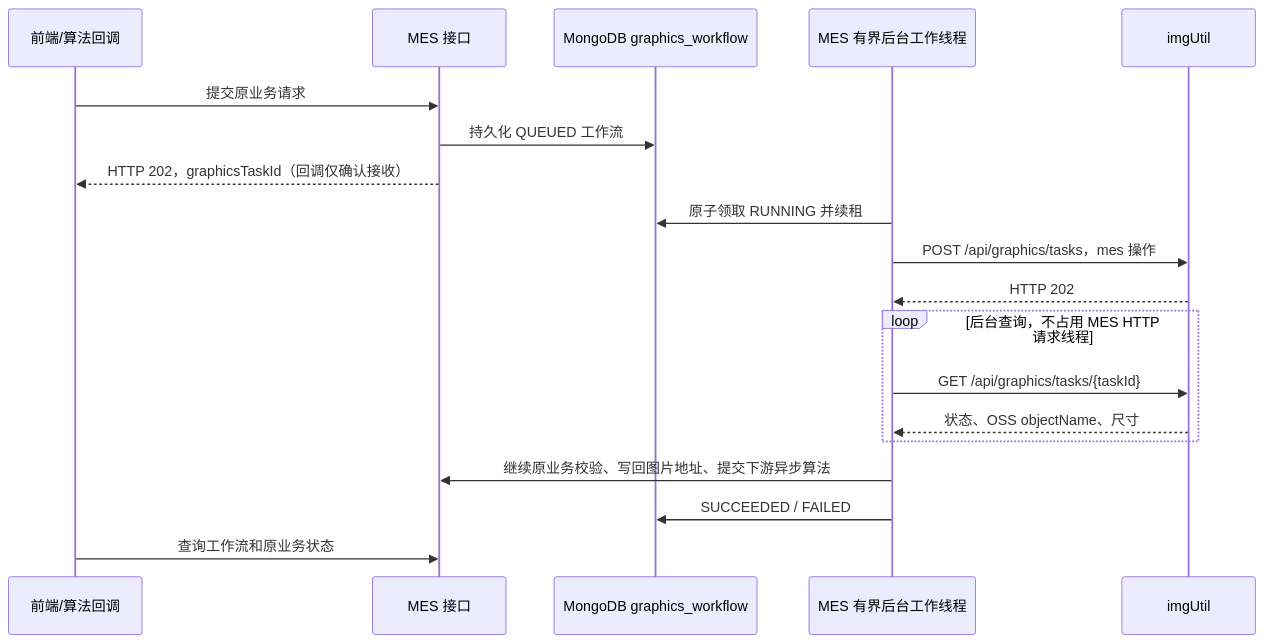
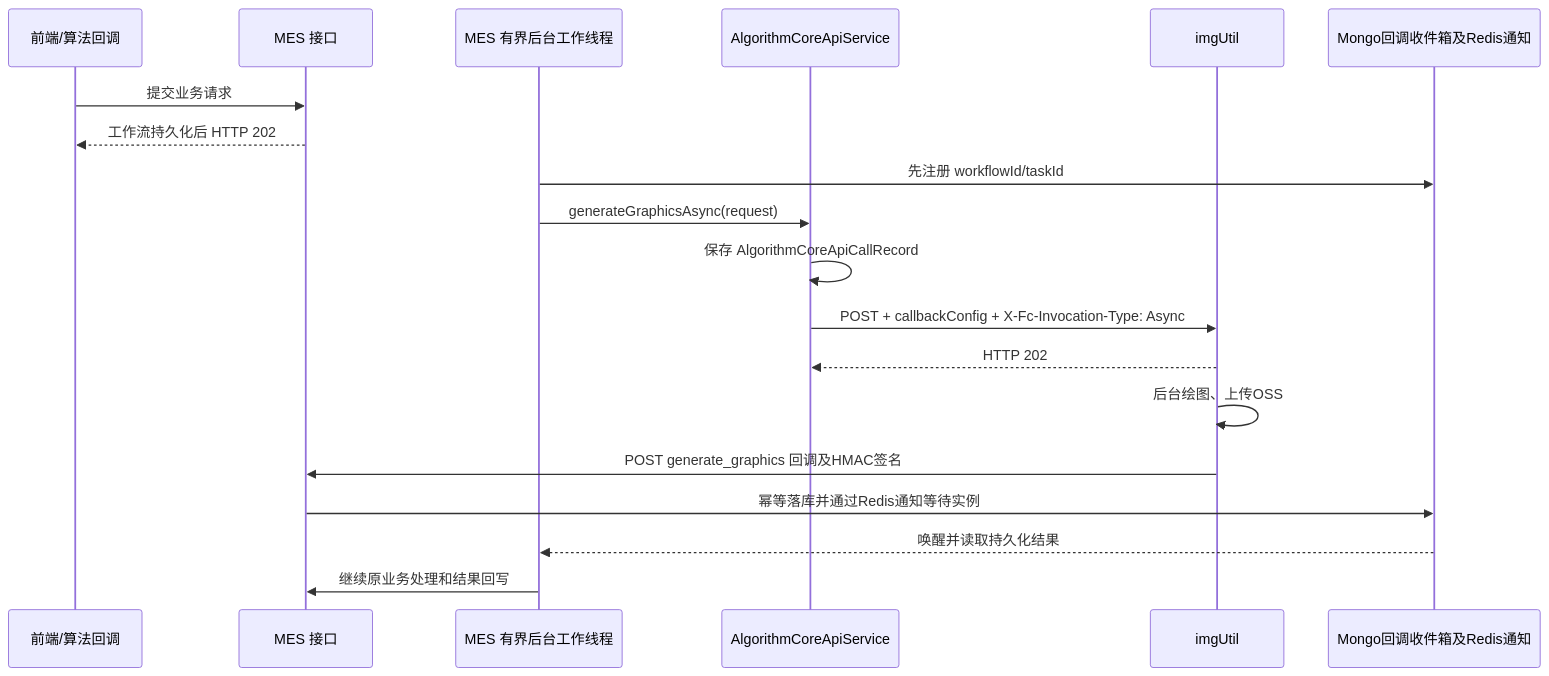
Before and after one commit to y741306298/craftstudio-mes-imgUtil: the diagram in docs/mes-async-api.md, drawn with Mermaid. The commit also changed other lines of this file and 13 other files, not shown here.

Commit message:
feat: deliver signed persistent graphics callbacks for MES algorithms

````diff
--- a/docs/mes-async-api.md
+++ b/docs/mes-async-api.md
@@ -9,21 +9,21 @@
 ```mermaid
 sequenceDiagram
     participant C as 前端/算法回调
     participant M as MES 接口
-    participant Q as MongoDB graphics_workflow
     participant W as MES 有界后台工作线程
+    participant A as AlgorithmCoreApiService
     participant G as imgUtil
-    C->>M: 提交原业务请求
-    M->>Q: 持久化 QUEUED 工作流
-    M-->>C: HTTP 202，graphicsTaskId（回调仅确认接收）
-    W->>Q: 原子领取 RUNNING 并续租
-    W->>G: POST /api/graphics/tasks，mes 操作
-    G-->>W: HTTP 202
-    loop 后台查询，不占用 MES HTTP 请求线程
-        W->>G: GET /api/graphics/tasks/{taskId}
-        G-->>W: 状态、OSS objectName、尺寸
-    end
-    W->>M: 继续原业务校验、写回图片地址、提交下游异步算法
-    W->>Q: SUCCEEDED / FAILED
-    C->>M: 查询工作流和原业务状态
+    participant I as Mongo回调收件箱及Redis通知
+    C->>M: 提交业务请求
+    M-->>C: 工作流持久化后 HTTP 202
+    W->>I: 先注册 workflowId/taskId
+    W->>A: generateGraphicsAsync(request)
+    A->>A: 保存 AlgorithmCoreApiCallRecord
+    A->>G: POST + callbackConfig + X-Fc-Invocation-Type: Async
+    G-->>A: HTTP 202
+    G->>G: 后台绘图、上传OSS
+    G->>M: POST generate_graphics 回调及HMAC签名
+    M->>I: 幂等落库并通过Redis通知等待实例
+    I-->>W: 唤醒并读取持久化结果
+    W->>M: 继续原业务处理和结果回写
 ```
````
